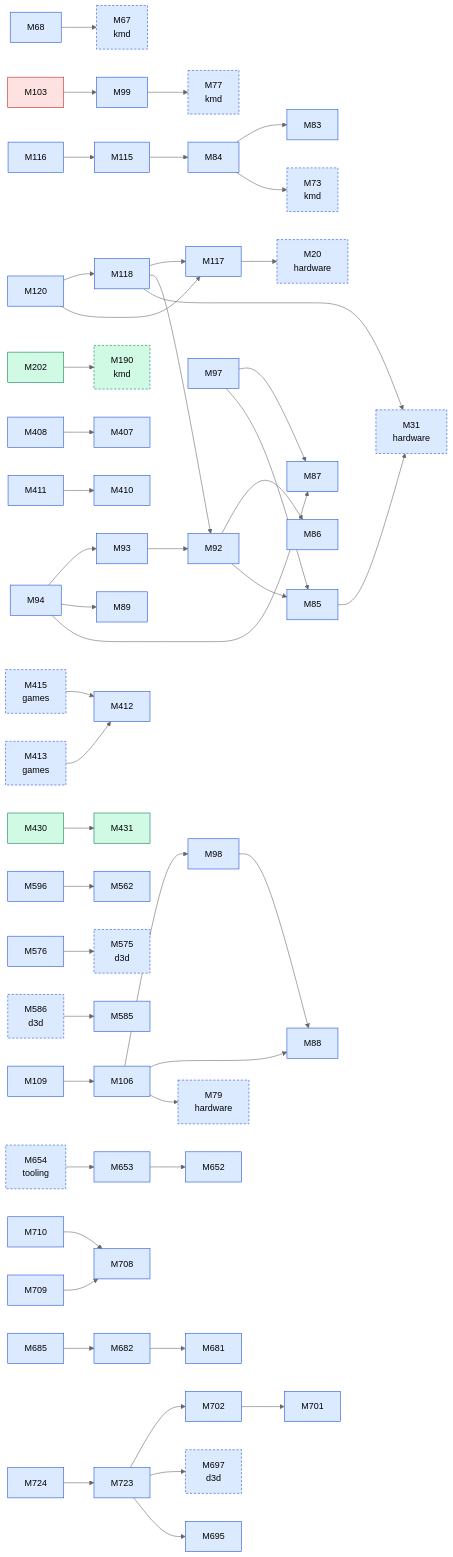
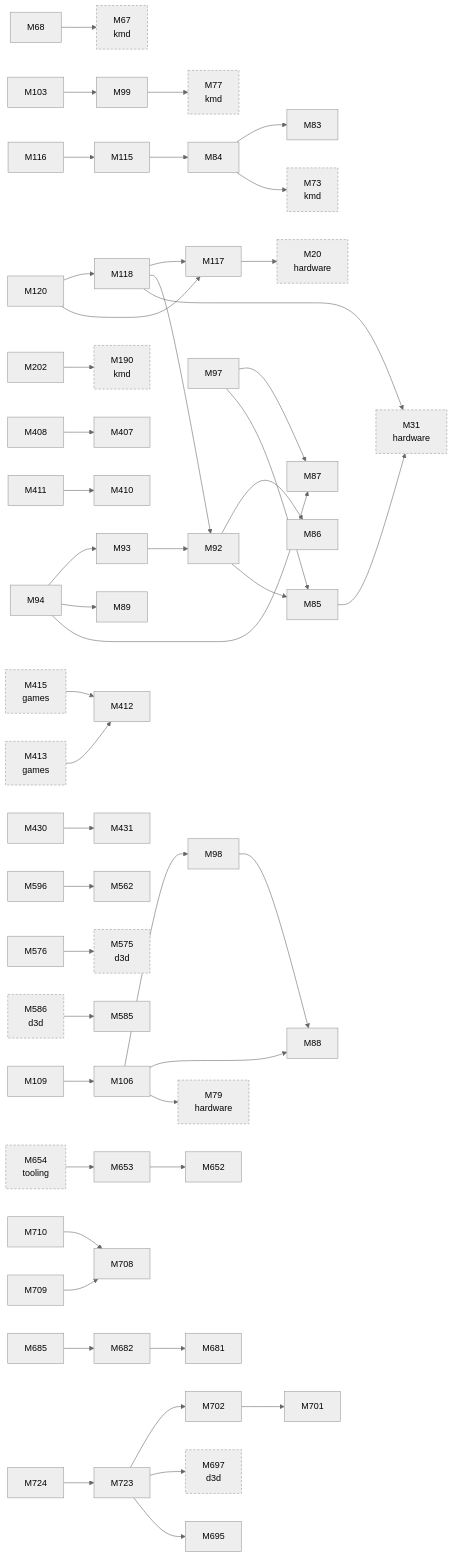
The second of 3 diagrams in docs/facts/graphs/display.md (D-Ogi/amdgpu-wddm), drawn with Mermaid (neutral theme) before and after one commit. The commit also changed other lines of this file and 9 other files, not shown here.

First line of the commit message:
docs/facts: plain graph nodes, no status colouring

````diff
--- a/docs/facts/graphs/display.md
+++ b/docs/facts/graphs/display.md
@@ -35,65 +31,65 @@
 ```mermaid
 flowchart LR
-  M20["M20<br/>hardware"]:::MEASURED
-  M31["M31<br/>hardware"]:::MEASURED
-  M67["M67<br/>kmd"]:::MEASURED
-  M68["M68"]:::MEASURED
-  M73["M73<br/>kmd"]:::MEASURED
-  M77["M77<br/>kmd"]:::MEASURED
-  M79["M79<br/>hardware"]:::MEASURED
-  M83["M83"]:::MEASURED
-  M84["M84"]:::MEASURED
-  M85["M85"]:::MEASURED
-  M86["M86"]:::MEASURED
-  M87["M87"]:::MEASURED
-  M88["M88"]:::MEASURED
-  M89["M89"]:::MEASURED
-  M92["M92"]:::MEASURED
-  M93["M93"]:::MEASURED
-  M94["M94"]:::MEASURED
-  M97["M97"]:::MEASURED
-  M98["M98"]:::MEASURED
-  M99["M99"]:::MEASURED
-  M103["M103"]:::REFUTED
-  M106["M106"]:::MEASURED
-  M109["M109"]:::MEASURED
-  M115["M115"]:::MEASURED
-  M116["M116"]:::MEASURED
-  M117["M117"]:::MEASURED
-  M118["M118"]:::MEASURED
-  M120["M120"]:::MEASURED
-  M190["M190<br/>kmd"]:::CONFIRMED
-  M202["M202"]:::CONFIRMED
-  M407["M407"]:::MEASURED
-  M408["M408"]:::MEASURED
-  M410["M410"]:::MEASURED
-  M411["M411"]:::MEASURED
-  M412["M412"]:::MEASURED
-  M413["M413<br/>games"]:::MEASURED
-  M415["M415<br/>games"]:::MEASURED
-  M430["M430"]:::CONFIRMED
-  M431["M431"]:::CONFIRMED
-  M562["M562"]:::MEASURED
-  M575["M575<br/>d3d"]:::MEASURED
-  M576["M576"]:::MEASURED
-  M585["M585"]:::MEASURED
-  M586["M586<br/>d3d"]:::MEASURED
-  M596["M596"]:::MEASURED
-  M652["M652"]:::MEASURED
-  M653["M653"]:::MEASURED
-  M654["M654<br/>tooling"]:::MEASURED
-  M681["M681"]:::MEASURED
-  M682["M682"]:::MEASURED
-  M685["M685"]:::MEASURED
-  M695["M695"]:::MEASURED
-  M697["M697<br/>d3d"]:::MEASURED
-  M701["M701"]:::MEASURED
-  M702["M702"]:::MEASURED
-  M708["M708"]:::MEASURED
-  M709["M709"]:::MEASURED
-  M710["M710"]:::MEASURED
-  M723["M723"]:::MEASURED
-  M724["M724"]:::MEASURED
+  M20["M20<br/>hardware"]
+  M31["M31<br/>hardware"]
+  M67["M67<br/>kmd"]
+  M68["M68"]
+  M73["M73<br/>kmd"]
+  M77["M77<br/>kmd"]
+  M79["M79<br/>hardware"]
+  M83["M83"]
+  M84["M84"]
+  M85["M85"]
+  M86["M86"]
+  M87["M87"]
+  M88["M88"]
+  M89["M89"]
+  M92["M92"]
+  M93["M93"]
+  M94["M94"]
+  M97["M97"]
+  M98["M98"]
+  M99["M99"]
+  M103["M103"]
+  M106["M106"]
+  M109["M109"]
+  M115["M115"]
+  M116["M116"]
+  M117["M117"]
+  M118["M118"]
+  M120["M120"]
+  M190["M190<br/>kmd"]
+  M202["M202"]
+  M407["M407"]
+  M408["M408"]
+  M410["M410"]
+  M411["M411"]
+  M412["M412"]
+  M413["M413<br/>games"]
+  M415["M415<br/>games"]
+  M430["M430"]
+  M431["M431"]
+  M562["M562"]
+  M575["M575<br/>d3d"]
+  M576["M576"]
+  M585["M585"]
+  M586["M586<br/>d3d"]
+  M596["M596"]
+  M652["M652"]
+  M653["M653"]
+  M654["M654<br/>tooling"]
+  M681["M681"]
+  M682["M682"]
+  M685["M685"]
+  M695["M695"]
+  M697["M697<br/>d3d"]
+  M701["M701"]
+  M702["M702"]
+  M708["M708"]
+  M709["M709"]
+  M710["M710"]
+  M723["M723"]
+  M724["M724"]
   M68 --> M67
   M84 --> M73
   M84 --> M83
@@ -141,10 +137,6 @@
   M413 --> M412
   M415 --> M412
   M654 --> M653
-  classDef HYPOTHESIS fill:#fff3c4,stroke:#9a7b00,color:#000
-  classDef MEASURED fill:#dbeafe,stroke:#1d4ed8,color:#000
-  classDef CONFIRMED fill:#d1fae5,stroke:#047857,color:#000
-  classDef REFUTED fill:#fee2e2,stroke:#b91c1c,color:#000
   classDef other stroke-dasharray:4 3
   class M20,M31,M67,M73,M77,M79,M190,M413,M415,M575,M586,M654,M697 other
 ```
````
